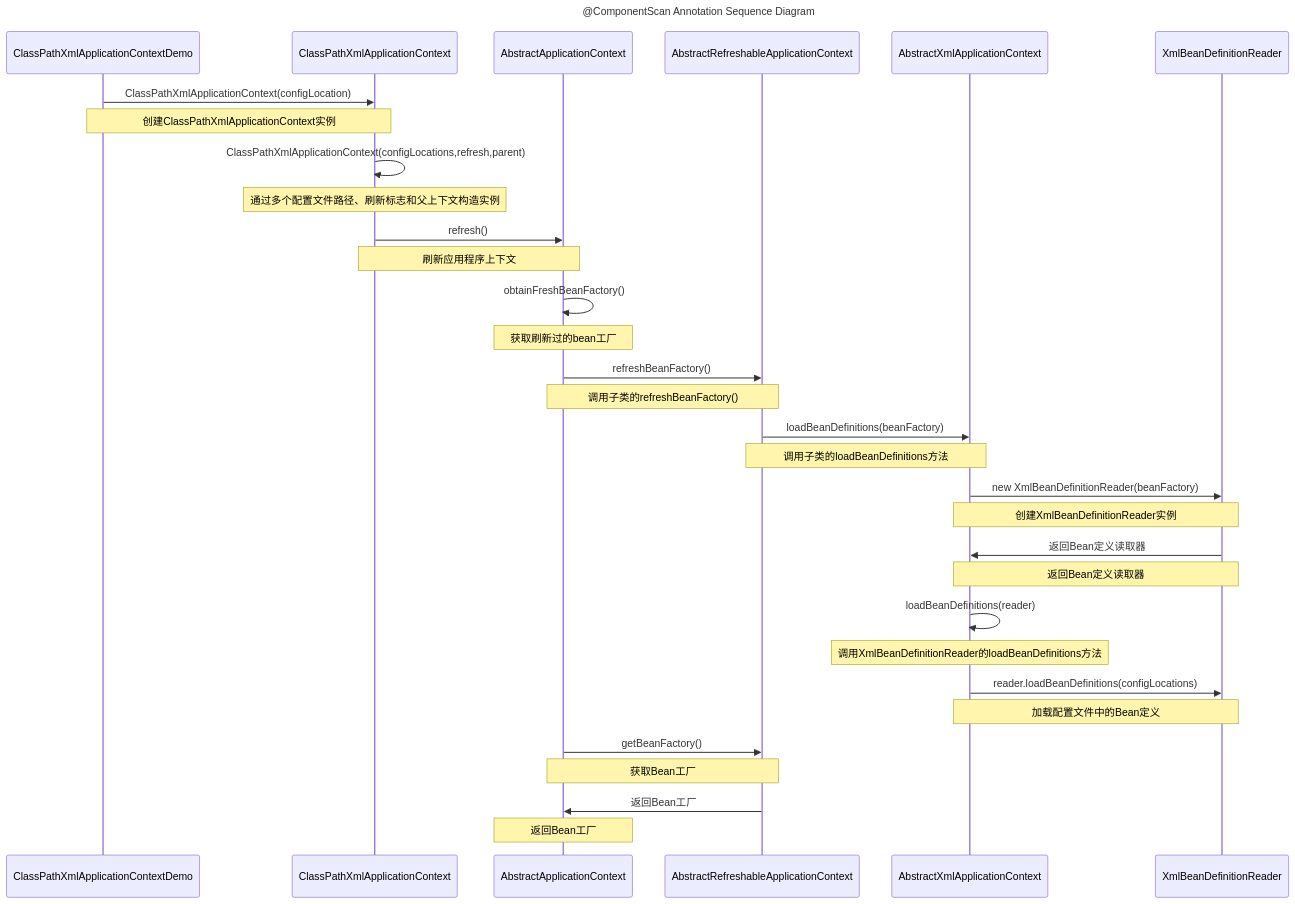
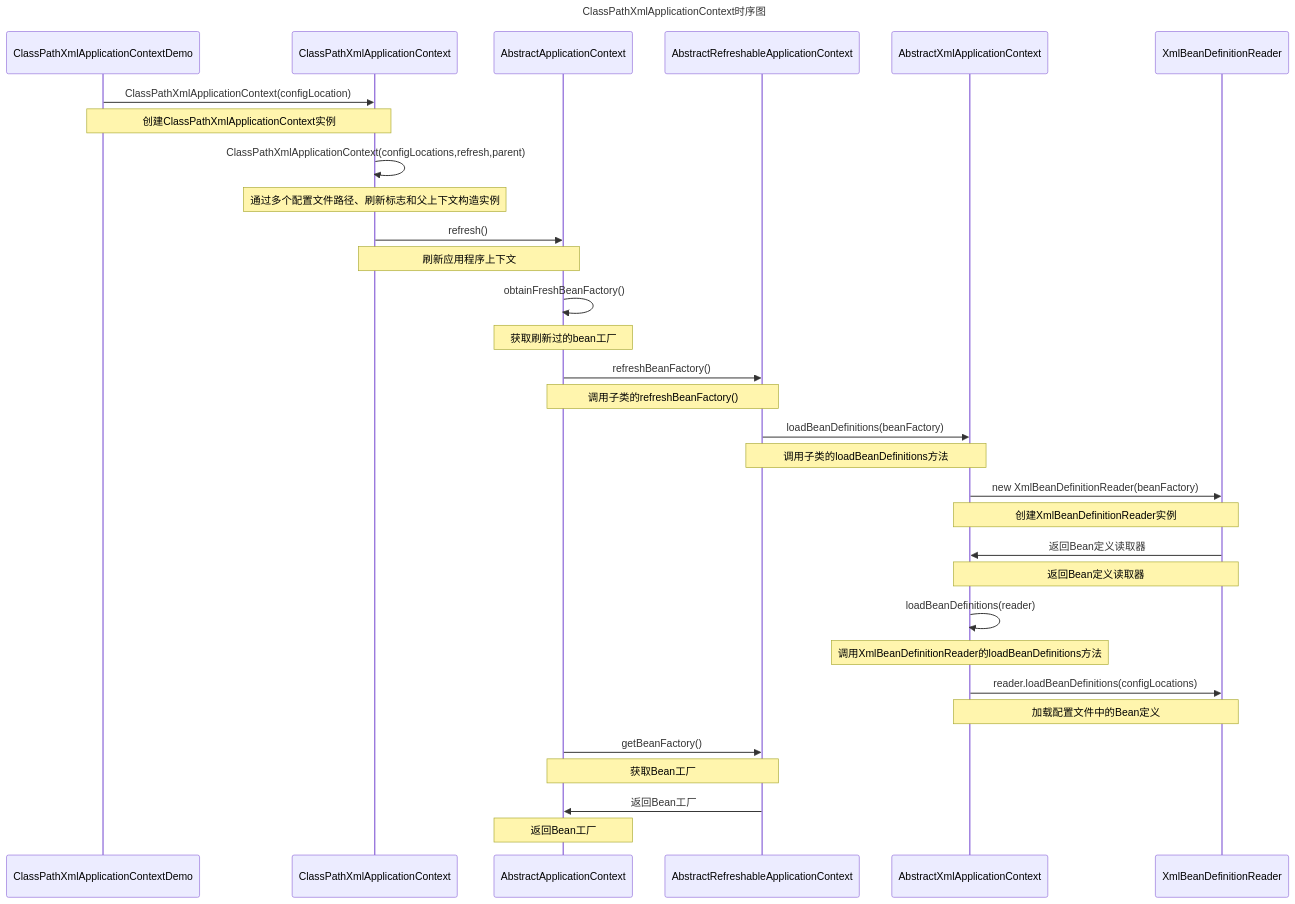
The diagram in spring-context/spring-context-classPathXmlApplicationContext/README.md (xuchengsheng/spring-reading), drawn with Mermaid before and after one commit.

Commit message:
ClassPathXmlApplicationContext源码分析

```diff
--- a/spring-context/spring-context-classPathXmlApplicationContext/README.md
+++ b/spring-context/spring-context-classPathXmlApplicationContext/README.md
@@ -105,40 +105,40 @@
 ~~~mermaid
 sequenceDiagram
-Title: @ComponentScan Annotation Sequence Diagram
+Title: ClassPathXmlApplicationContext时序图
 ClassPathXmlApplicationContextDemo->>ClassPathXmlApplicationContext:ClassPathXmlApplicationContext(configLocation)
 Note over ClassPathXmlApplicationContextDemo,ClassPathXmlApplicationContext: 创建ClassPathXmlApplicationContext实例
 
 ClassPathXmlApplicationContext->>ClassPathXmlApplicationContext:ClassPathXmlApplicationContext(configLocations,refresh,parent)
 Note over ClassPathXmlApplicationContext: 通过多个配置文件路径、刷新标志和父上下文构造实例
 
 ClassPathXmlApplicationContext->>AbstractApplicationContext:refresh()
 Note over ClassPathXmlApplicationContext,AbstractApplicationContext: 刷新应用程序上下文
 
 AbstractApplicationContext->>AbstractApplicationContext:obtainFreshBeanFactory()
 Note over AbstractApplicationContext: 获取刷新过的bean工厂
 
 AbstractApplicationContext->>AbstractRefreshableApplicationContext:refreshBeanFactory()
 Note over AbstractApplicationContext,AbstractRefreshableApplicationContext: 调用子类的refreshBeanFactory()
 
 AbstractRefreshableApplicationContext->>AbstractXmlApplicationContext:loadBeanDefinitions(beanFactory)
 Note over AbstractRefreshableApplicationContext,AbstractXmlApplicationContext: 调用子类的loadBeanDefinitions方法
 
 AbstractXmlApplicationContext->>XmlBeanDefinitionReader:new XmlBeanDefinitionReader(beanFactory)
 Note over AbstractXmlApplicationContext,XmlBeanDefinitionReader: 创建XmlBeanDefinitionReader实例
 
 XmlBeanDefinitionReader->>AbstractXmlApplicationContext:返回Bean定义读取器
 Note over XmlBeanDefinitionReader,AbstractXmlApplicationContext: 返回Bean定义读取器
 
 AbstractXmlApplicationContext->>AbstractXmlApplicationContext:loadBeanDefinitions(reader)
 Note over AbstractXmlApplicationContext: 调用XmlBeanDefinitionReader的loadBeanDefinitions方法
 
 AbstractXmlApplicationContext->>XmlBeanDefinitionReader:reader.loadBeanDefinitions(configLocations)
 Note over AbstractXmlApplicationContext,XmlBeanDefinitionReader: 加载配置文件中的Bean定义
 
 AbstractApplicationContext->>AbstractRefreshableApplicationContext:getBeanFactory()
 Note over AbstractApplicationContext,AbstractRefreshableApplicationContext: 获取Bean工厂
 
 AbstractRefreshableApplicationContext->>AbstractApplicationContext:返回Bean工厂
 Note over AbstractApplicationContext: 返回Bean工厂
 
 ~~~
```
